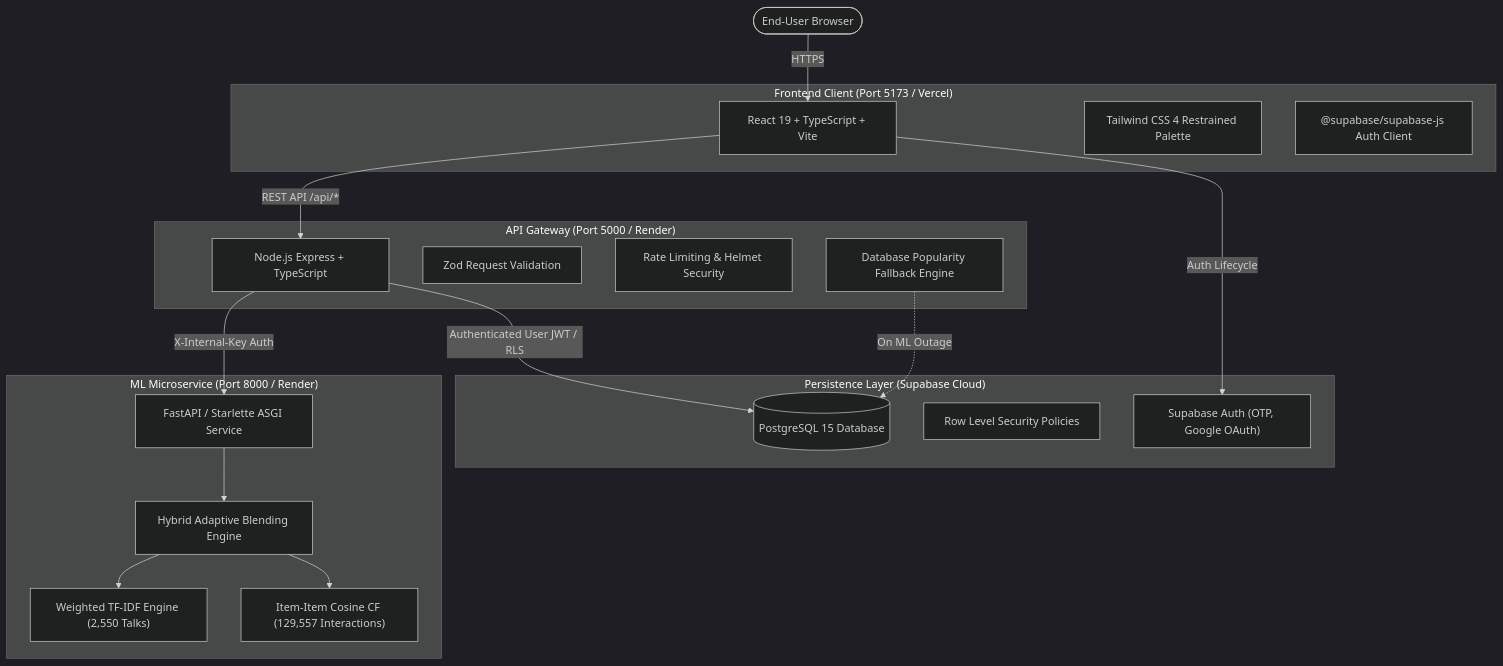
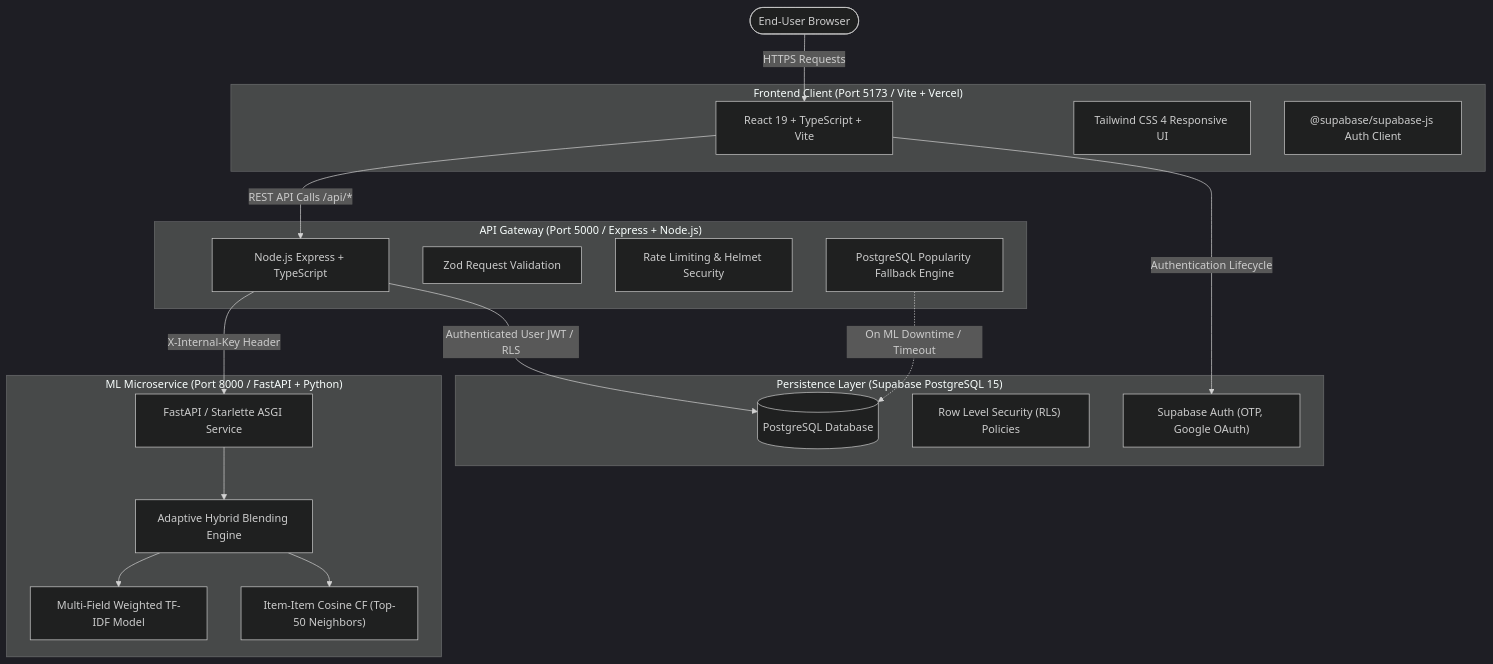
The diagram in README.md (shivam137421/Ted-Talk-Recommender), drawn with Mermaid (dark theme) before and after one commit. The commit also changed other lines of this file, not shown here.

````diff
--- a/README.md
+++ b/README.md
@@ -15,40 +59,40 @@
 ```mermaid
 flowchart TD
     User([End-User Browser])
 
-    subgraph Tier1["Frontend Client (Port 5173 / Vercel)"]
+    subgraph Tier1["Frontend Client (Port 5173 / Vite + Vercel)"]
         ReactApp["React 19 + TypeScript + Vite"]
-        Tailwind["Tailwind CSS 4 Restrained Palette"]
+        Tailwind["Tailwind CSS 4 Responsive UI"]
         AuthClient["@supabase/supabase-js Auth Client"]
     end
 
-    subgraph Tier2["API Gateway (Port 5000 / Render)"]
+    subgraph Tier2["API Gateway (Port 5000 / Express + Node.js)"]
         Express["Node.js Express + TypeScript"]
         ZodValidator["Zod Request Validation"]
         RateLimiter["Rate Limiting & Helmet Security"]
-        FallbackEngine["Database Popularity Fallback Engine"]
+        FallbackEngine["PostgreSQL Popularity Fallback Engine"]
     end
 
-    subgraph Tier3["ML Microservice (Port 8000 / Render)"]
+    subgraph Tier3["ML Microservice (Port 8000 / FastAPI + Python)"]
         FastAPI["FastAPI / Starlette ASGI Service"]
-        HybridScorer["Hybrid Adaptive Blending Engine"]
-        ContentVec["Weighted TF-IDF Engine (2,550 Talks)"]
-        CollabCF["Item-Item Cosine CF (129,557 Interactions)"]
+        HybridScorer["Adaptive Hybrid Blending Engine"]
+        ContentVec["Multi-Field Weighted TF-IDF Model"]
+        CollabCF["Item-Item Cosine CF (Top-50 Neighbors)"]
     end
 
-    subgraph Tier4["Persistence Layer (Supabase Cloud)"]
-        Postgres[(PostgreSQL 15 Database)]
-        RLS["Row Level Security Policies"]
+    subgraph Tier4["Persistence Layer (Supabase PostgreSQL 15)"]
+        Postgres[(PostgreSQL Database)]
+        RLS["Row Level Security (RLS) Policies"]
         AuthService["Supabase Auth (OTP, Google OAuth)"]
     end
 
-    User -->|HTTPS| ReactApp
-    ReactApp -->|REST API /api/*| Express
-    ReactApp -->|Auth Lifecycle| AuthService
-    Express -->|X-Internal-Key Auth| FastAPI
+    User -->|HTTPS Requests| ReactApp
+    ReactApp -->|REST API Calls /api/*| Express
+    ReactApp -->|Authentication Lifecycle| AuthService
+    Express -->|X-Internal-Key Header| FastAPI
     Express -->|Authenticated User JWT / RLS| Postgres
-    FallbackEngine -.->|On ML Outage| Postgres
+    FallbackEngine -.->|On ML Downtime / Timeout| Postgres
     FastAPI --> HybridScorer
     HybridScorer --> ContentVec
     HybridScorer --> CollabCF
 ```
````
